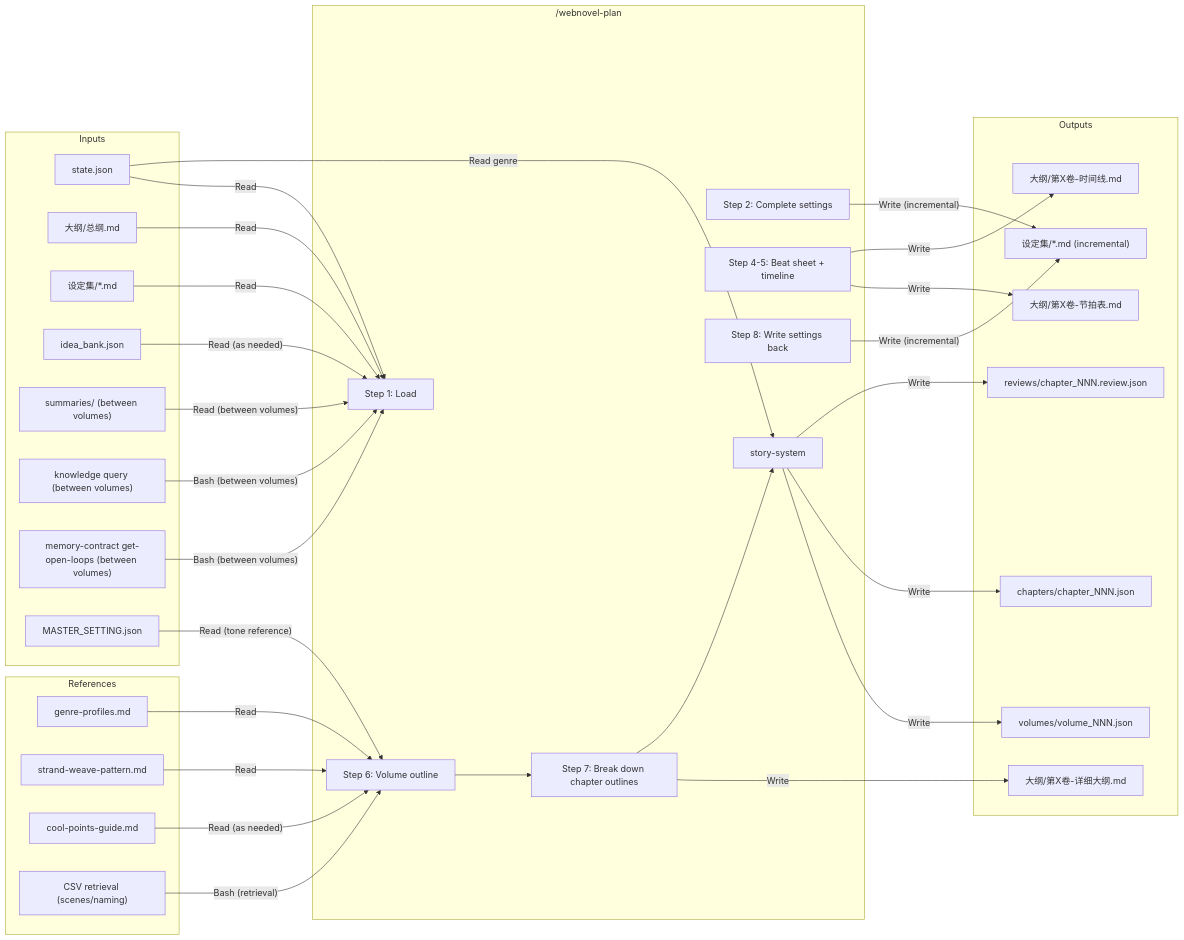
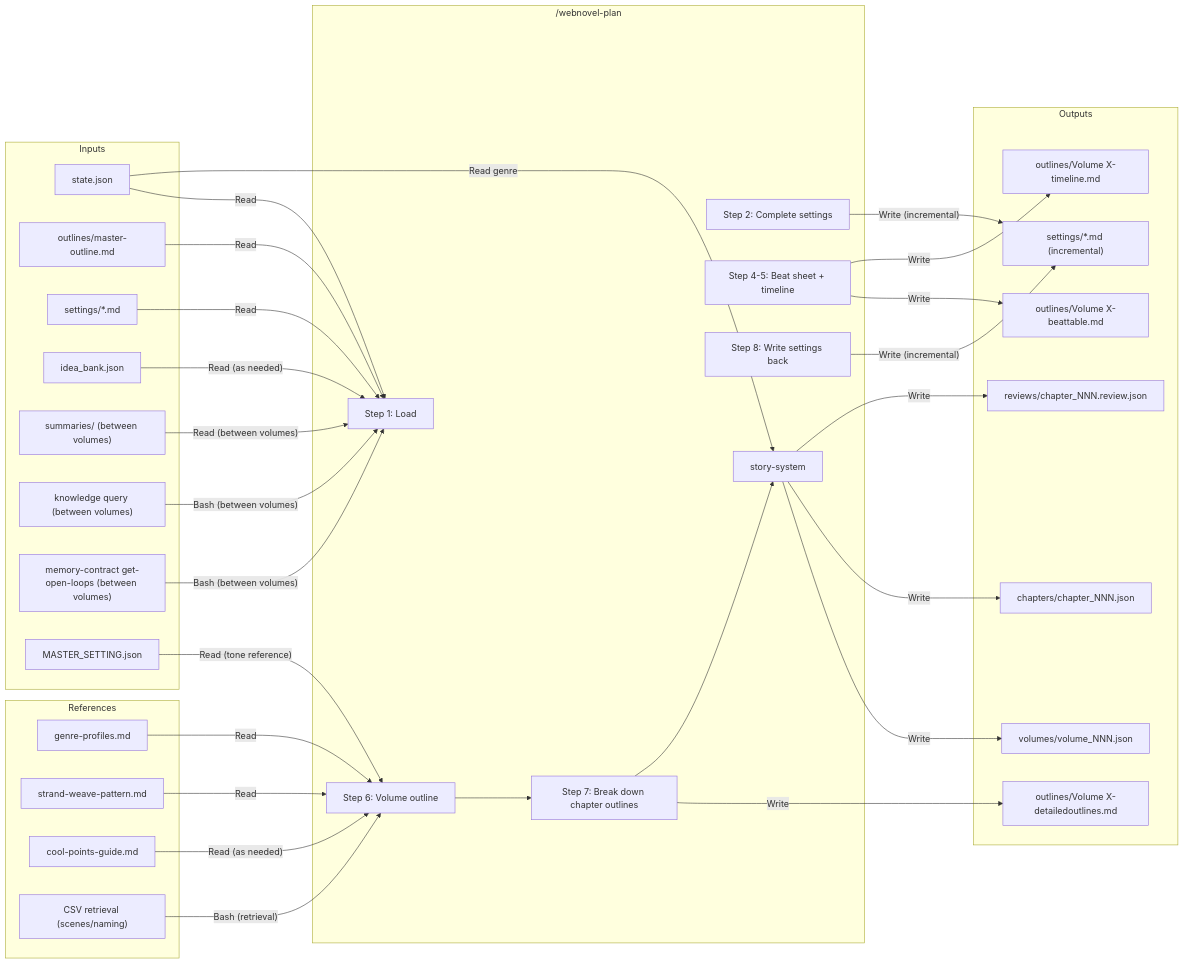
One commit to ntense-ai/webnovel-writer changed the third of 6 diagrams in docs/archive/architecture/system-architecture.md. Above: the diagram before and after it, drawn with Mermaid. The commit also changed other lines of this file and 427 other files, not shown here.

Commit message:
Release 6.3.0 with English-only project schemas and source

````diff
--- a/docs/archive/architecture/system-architecture.md
+++ b/docs/archive/architecture/system-architecture.md
@@ -113,68 +113,68 @@
 ```mermaid
 graph LR
     subgraph PLAN["/webnovel-plan"]
         P1["Step 1: Load"]
         P2["Step 2: Complete settings"]
         P3["Step 4-5: Beat sheet + timeline"]
         P4["Step 6: Volume outline"]
         P5["Step 7: Break down chapter outlines"]
         P6["Step 8: Write settings back"]
         P7["story-system"]
     end
 
     subgraph READ_PLAN["Inputs"]
         R_STATE2["state.json"]
-        R_OUTLINE2["大纲/总纲.md"]
-        R_SETTING2["设定集/*.md"]
+        R_OUTLINE2["outlines/master-outline.md"]
+        R_SETTING2["settings/*.md"]
         R_IDEA2["idea_bank.json"]
         R_SUMMARY["summaries/ (between volumes)"]
         R_KNOWLEDGE["knowledge query (between volumes)"]
         R_LOOPS["memory-contract get-open-loops (between volumes)"]
         R_MASTER2["MASTER_SETTING.json"]
     end
 
     subgraph WRITE_PLAN["Outputs"]
-        W_BEAT["大纲/第X卷-节拍表.md"]
-        W_TIMELINE["大纲/第X卷-时间线.md"]
-        W_DETAIL["大纲/第X卷-详细大纲.md"]
-        W_SETTING2["设定集/*.md (incremental)"]
+        W_BEAT["outlines/Volume X-beattable.md"]
+        W_TIMELINE["outlines/Volume X-timeline.md"]
+        W_DETAIL["outlines/Volume X-detailedoutlines.md"]
+        W_SETTING2["settings/*.md (incremental)"]
         W_VOLUME["volumes/volume_NNN.json"]
         W_CHAP_CONTRACT["chapters/chapter_NNN.json"]
         W_REVIEW_CONTRACT["reviews/chapter_NNN.review.json"]
     end
 
     subgraph REF_PLAN["References"]
         R_GP["genre-profiles.md"]
         R_STRAND["strand-weave-pattern.md"]
         R_COOL["cool-points-guide.md"]
         R_CSV_PLAN["CSV retrieval (scenes/naming)"]
     end
 
     R_STATE2 -->|"Read"| P1
     R_OUTLINE2 -->|"Read"| P1
     R_SETTING2 -->|"Read"| P1
     R_IDEA2 -->|"Read (as needed)"| P1
     R_SUMMARY -->|"Read (between volumes)"| P1
     R_KNOWLEDGE -->|"Bash (between volumes)"| P1
     R_LOOPS -->|"Bash (between volumes)"| P1
     R_MASTER2 -->|"Read (tone reference)"| P4
 
     P2 -->|"Write (incremental)"| W_SETTING2
     P3 -->|"Write"| W_BEAT
     P3 -->|"Write"| W_TIMELINE
     P4 --> P5
     P5 -->|"Write"| W_DETAIL
 
     R_GP -->|"Read"| P4
     R_STRAND -->|"Read"| P4
     R_COOL -->|"Read (as needed)"| P4
     R_CSV_PLAN -->|"Bash (retrieval)"| P4
 
     P6 -->|"Write (incremental)"| W_SETTING2
 
     P5 --> P7
     R_STATE2 -->|"Read genre"| P7
     P7 -->|"Write"| W_VOLUME
     P7 -->|"Write"| W_CHAP_CONTRACT
     P7 -->|"Write"| W_REVIEW_CONTRACT
 ```
````
